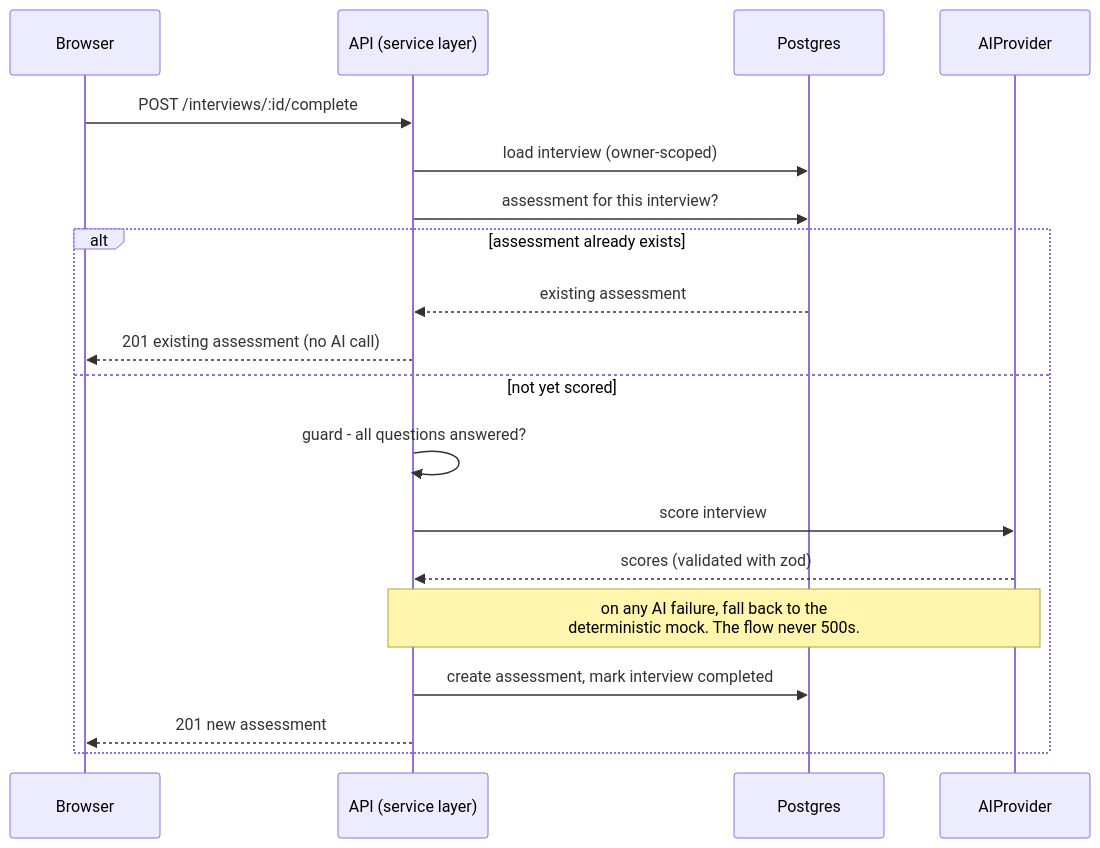
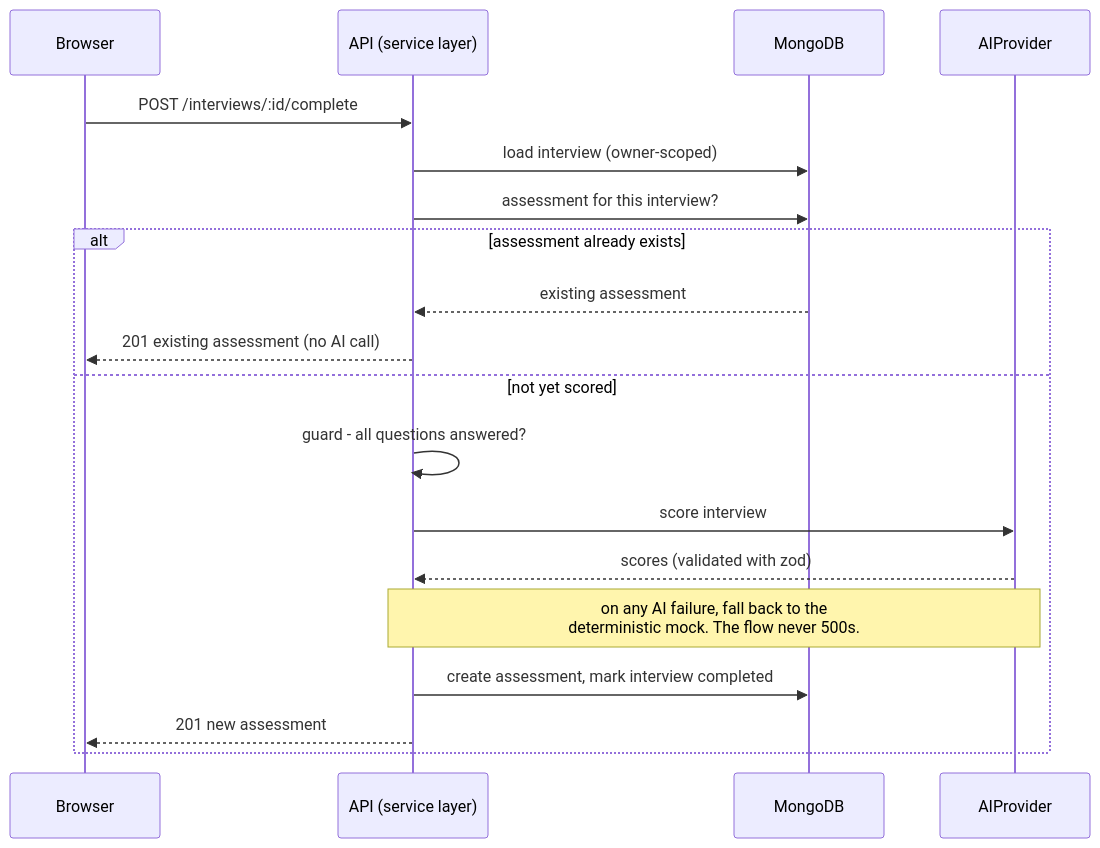
One commit to Siddharth-AI/interview_iq changed the second of 3 diagrams in README.md. Above: the diagram before and after it, drawn with Mermaid. The commit also changed other lines of this file and 1 other file, not shown here.

Commit message:
feat: update README to reflect MongoDB migration and add Vercel configuration

````diff
--- a/README.md
+++ b/README.md
@@ -104,22 +104,22 @@
 ```mermaid
 sequenceDiagram
   participant U as Browser
   participant A as API (service layer)
-  participant DB as Postgres
+  participant DB as MongoDB
   participant AI as AIProvider
 
   U->>A: POST /interviews/:id/complete
   A->>DB: load interview (owner-scoped)
   A->>DB: assessment for this interview?
   alt assessment already exists
     DB-->>A: existing assessment
     A-->>U: 201 existing assessment (no AI call)
   else not yet scored
     A->>A: guard - all questions answered?
     A->>AI: score interview
     AI-->>A: scores (validated with zod)
     Note over A,AI: on any AI failure, fall back to the<br/>deterministic mock. The flow never 500s.
     A->>DB: create assessment, mark interview completed
     A-->>U: 201 new assessment
   end
 ```
````
